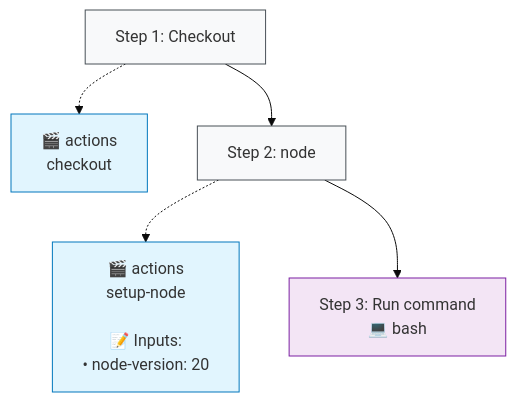
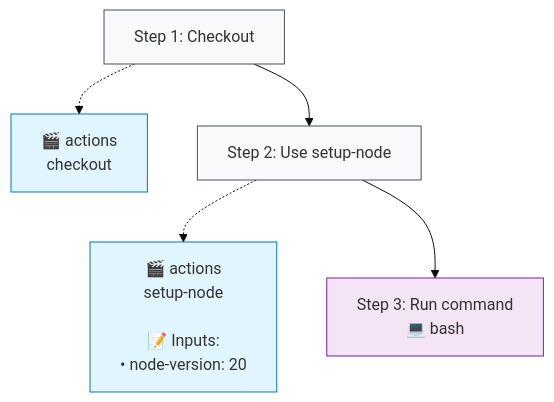
The second of 3 diagrams in jvm/examples/gradle/.github/typeflows/deploy/README.md (typeflows/typeflows), drawn with Mermaid (base theme) before and after one commit. The commit also changed other lines of this file and 13 other files, not shown here.

````diff
--- a/jvm/examples/gradle/.github/typeflows/deploy/README.md
+++ b/jvm/examples/gradle/.github/typeflows/deploy/README.md
@@ -23,18 +23,18 @@
 ```mermaid
 %%{init: {"flowchart": {"curve": "basis"}}}%%
 flowchart TD
     step1["Step 1: Checkout"]
     style step1 fill:#f8f9fa,stroke:#495057
     action1["🎬 actions<br/>checkout"]
     style action1 fill:#e1f5fe,stroke:#0277bd
     step1 -.-> action1
-    step2["Step 2: node"]
+    step2["Step 2: Use setup-node"]
     style step2 fill:#f8f9fa,stroke:#495057
     action2["🎬 actions<br/>setup-node<br/><br/>📝 Inputs:<br/>• node-version: 20"]
     style action2 fill:#e1f5fe,stroke:#0277bd
     step2 -.-> action2
     step1 --> step2
     step3["Step 3: Run command<br/>💻 bash"]
     style step3 fill:#f3e5f5,stroke:#7b1fa2
     step2 --> step3
 ```
````
